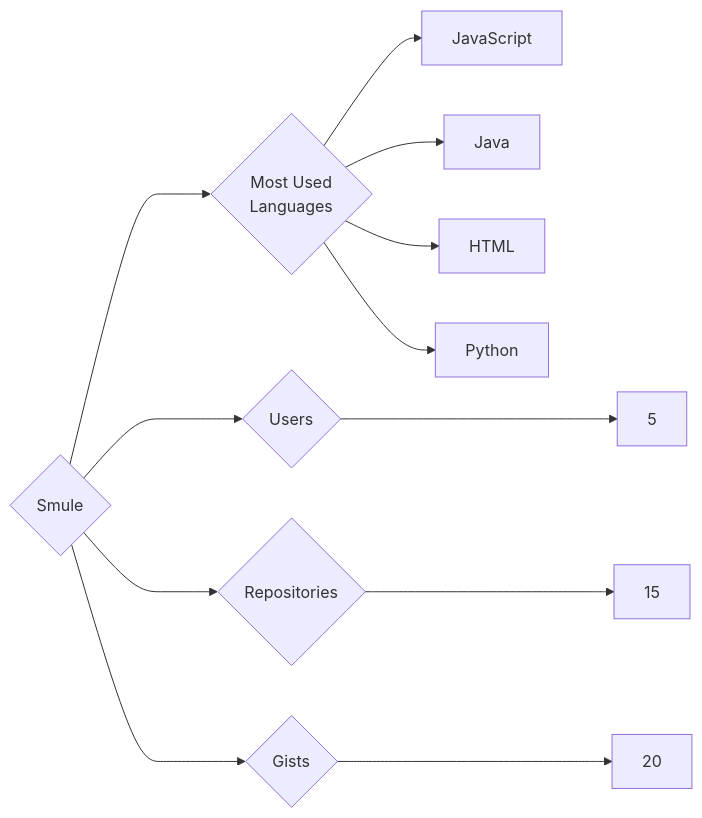
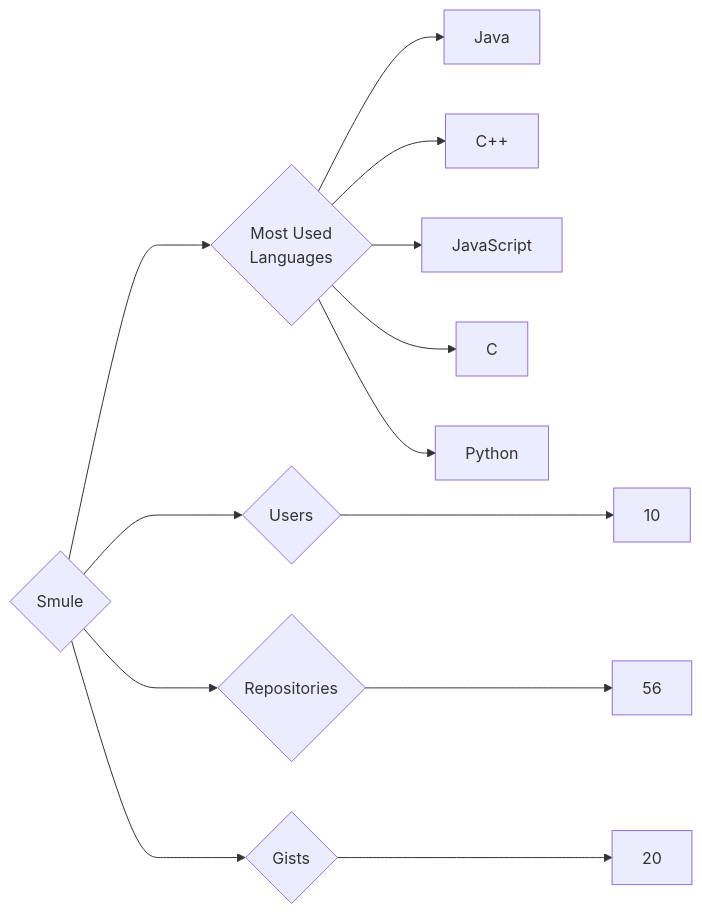
The diagram in targets/Smule/README.md (trickest/insiders), drawn with Mermaid before and after one commit. The commit also changed 1389 other files, not shown here.

````diff
--- a/targets/Smule/README.md
+++ b/targets/Smule/README.md
@@ -3,12 +3,13 @@
 ```mermaid
 graph LR
 COMPANY_NAME{Smule}
-COMPANY_NAME ---> U{Users} ---> UN[5]
-COMPANY_NAME ---> R{Repositories} ---> RN[15]
+COMPANY_NAME ---> U{Users} ---> UN[10]
+COMPANY_NAME ---> R{Repositories} ---> RN[56]
 COMPANY_NAME ---> G{Gists} ---> GN[20]
 COMPANY_NAME ---> ML{Most Used<br>Languages}
+ML --> Java[Java]
+ML --> C++[C++]
 ML --> JavaScript[JavaScript]
-ML --> Java[Java]
-ML --> HTML[HTML]
+ML --> C[C]
 ML --> Python[Python]
 ```
````
